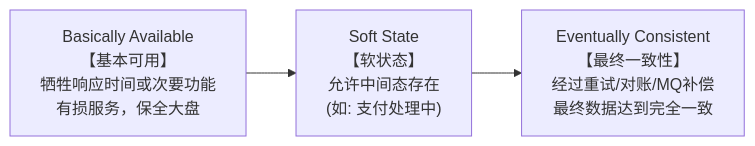
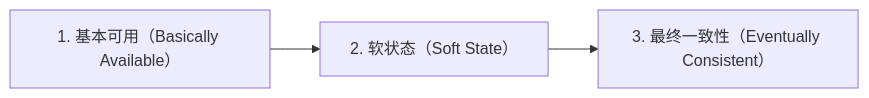
The second of 2 diagrams in 20-Java后端/07-分布式与微服务/01-CAP与BASE理论.md (GuoWWWX/knowledge-base), drawn with Mermaid before and after one commit. The commit also changed other lines of this file and 251 other files, not shown here.

````diff
--- a/20-Java后端/07-分布式与微服务/01-CAP与BASE理论.md
+++ b/20-Java后端/07-分布式与微服务/01-CAP与BASE理论.md
@@ -82,5 +92,5 @@
 ```mermaid
 flowchart LR
-    BA["Basically Available\n【基本可用】\n牺牲响应时间或次要功能\n有损服务，保全大盘"] --> SS["Soft State\n【软状态】\n允许中间态存在\n(如: 支付处理中)"]
-    SS --> EC["Eventually Consistent\n【最终一致性】\n经过重试/对账/MQ补偿\n最终数据达到完全一致"]
+    BA["1. 基本可用（Basically Available）"] --> SS["2. 软状态（Soft State）"]
+    SS --> EC["3. 最终一致性（Eventually Consistent）"]
 ```
````
